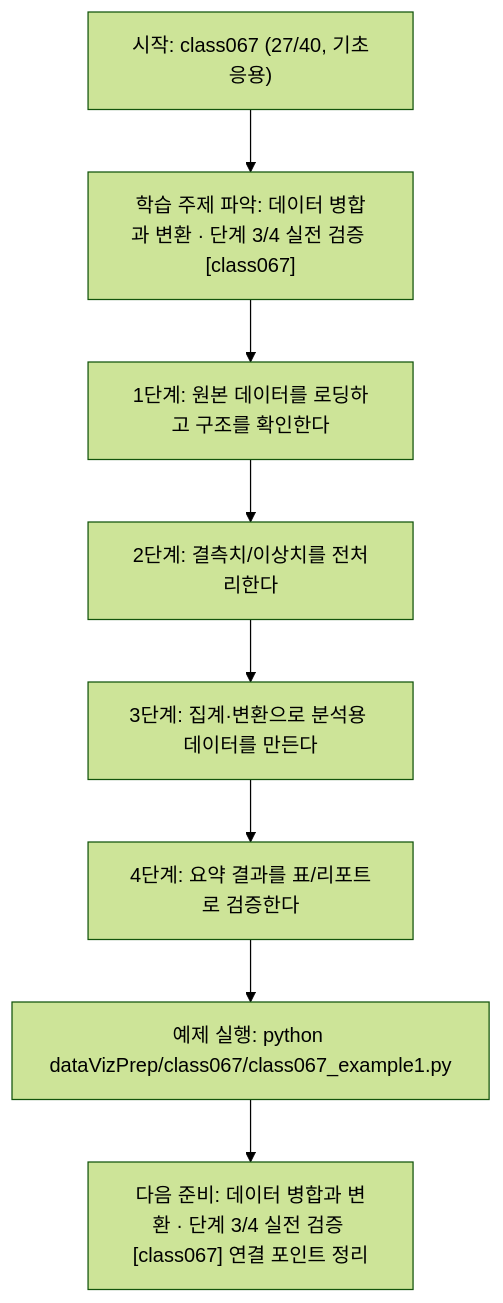
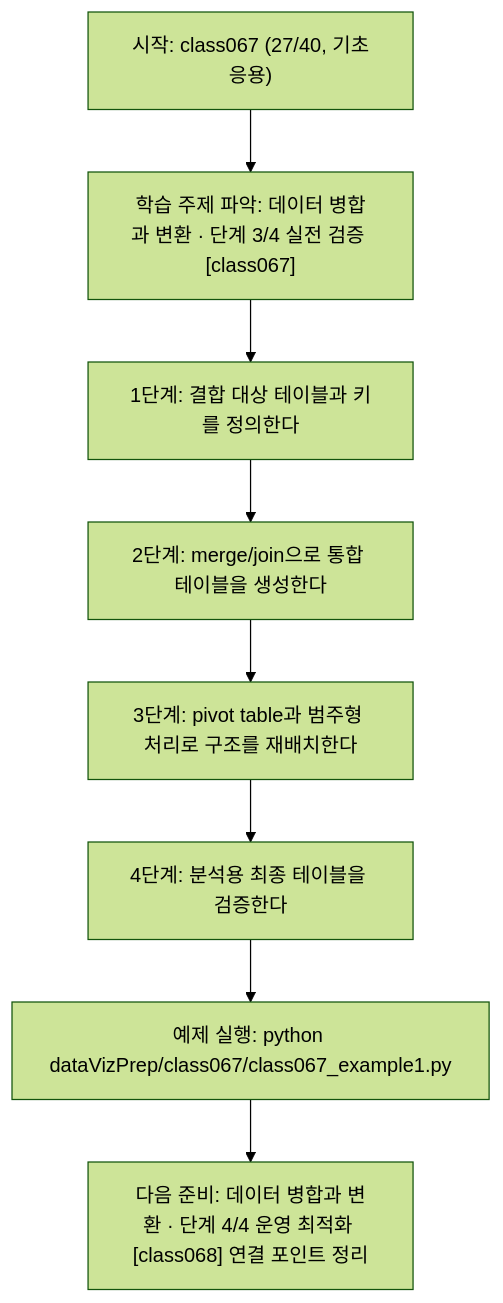
The diagram in dataVizPrep/class067/class067.md (edumgt/Python-AI_Agent-Class), drawn with Mermaid (forest theme) before and after one commit. The commit also changed other lines of this file and 283 other files, not shown here.

````diff
--- a/dataVizPrep/class067/class067.md
+++ b/dataVizPrep/class067/class067.md
@@ -111,18 +92,18 @@
 ```mermaid
 flowchart TD
 N1["시작: class067 (27/40, 기초응용)"]
 N2["학습 주제 파악: 데이터 병합과 변환 · 단계 3/4 실전 검증 [class067]"]
-N3["1단계: 원본 데이터를 로딩하고 구조를 확인한다"]
-N4["2단계: 결측치/이상치를 전처리한다"]
-N5["3단계: 집계·변환으로 분석용 데이터를 만든다"]
-N6["4단계: 요약 결과를 표/리포트로 검증한다"]
+N3["1단계: 결합 대상 테이블과 키를 정의한다"]
+N4["2단계: merge/join으로 통합 테이블을 생성한다"]
+N5["3단계: pivot table과 범주형 처리로 구조를 재배치한다"]
+N6["4단계: 분석용 최종 테이블을 검증한다"]
 N7["예제 실행: python dataVizPrep/class067/class067_example1.py"]
-N8["다음 준비: 데이터 병합과 변환 · 단계 3/4 실전 검증 [class067] 연결 포인트 정리"]
+N8["다음 준비: 데이터 병합과 변환 · 단계 4/4 운영 최적화 [class068] 연결 포인트 정리"]
 N1 --> N2
 N2 --> N3
 N3 --> N4
 N4 --> N5
 N5 --> N6
 N6 --> N7
 N7 --> N8
 ```
````
